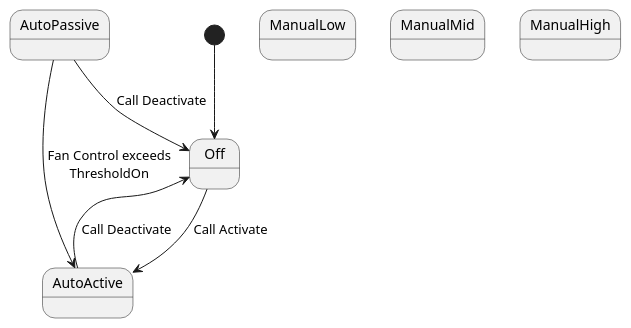
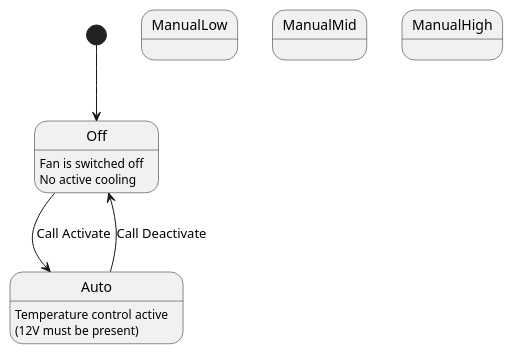
One commit to coconut147/piMac changed the diagram in piMac_Systemcontroller/fancontroller.md. Above: the diagram before and after it, drawn with PlantUML. The commit also changed other lines of this file, not shown here.

Commit message:
Adapted documentation of fancontroller

````diff
--- a/piMac_Systemcontroller/fancontroller.md
+++ b/piMac_Systemcontroller/fancontroller.md
@@ -48,17 +54,13 @@
 ```plantuml
 @startuml
-state Off
-state AutoPassive
-state AutoActive
+state Off : Fan is switched off\nNo active cooling
+state Auto : Temperature control active\n(12V must be present)
 state ManualLow
 state ManualMid
 state ManualHigh
 
 [*] --> Off
-Off --> AutoActive : Call Activate 
-AutoPassive --> AutoActive : Fan Control exceeds\nThresholdOn
-
-AutoActive --> Off : Call Deactivate
-AutoPassive --> Off : Call Deactivate
+Off --> Auto : Call Activate 
+Auto --> Off : Call Deactivate
 @enduml
 ```
````
